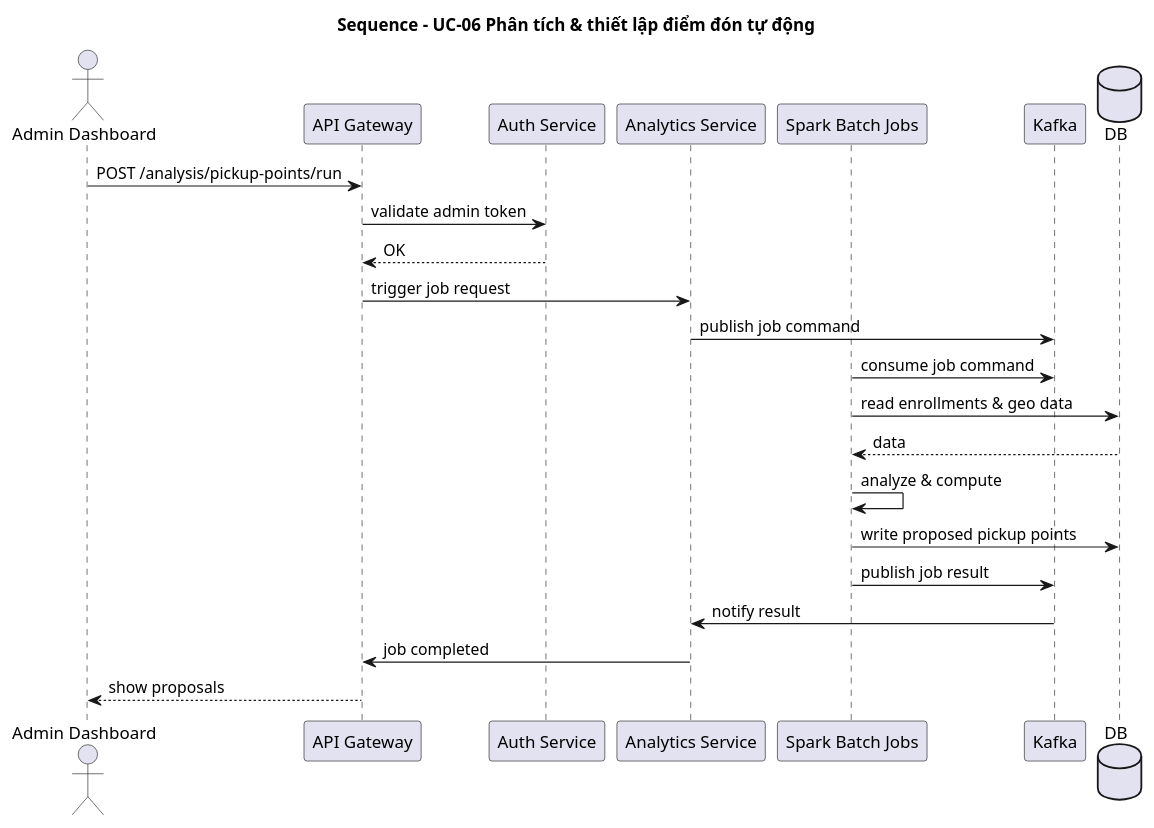
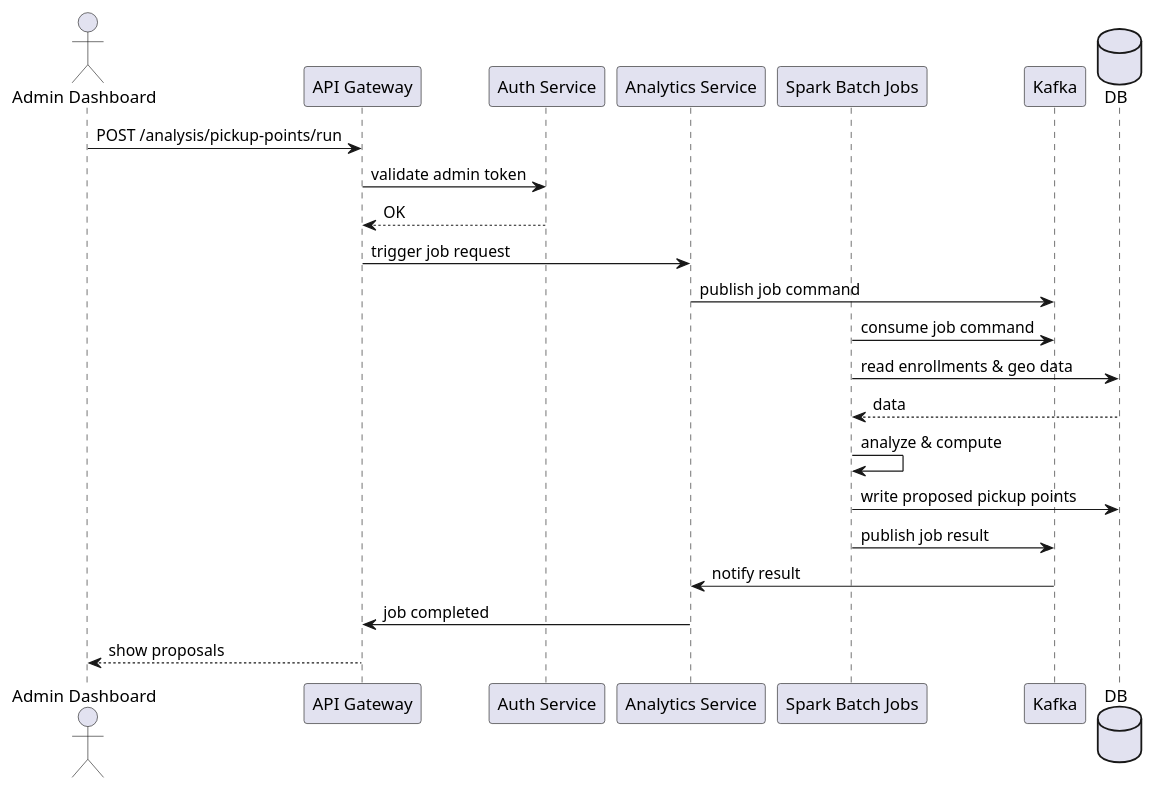
The diagram in docs/uml/sequence/sequence_uc06_pickup_points_analysis.puml (phuongbv00/hust-bus-stop), drawn with PlantUML before and after one commit. The commit also changed 25 other files, not shown here.

Commit message:
docs: update diagrams

```diff
--- a/docs/uml/sequence/sequence_uc06_pickup_points_analysis.puml
+++ b/docs/uml/sequence/sequence_uc06_pickup_points_analysis.puml
@@ -1,27 +1,26 @@
 @startuml
-title Sequence - UC-06 Phân tích & thiết lập điểm đón tự động
 actor "Admin Dashboard" as AdminUI
 participant "API Gateway" as API
 participant "Auth Service" as Auth
 participant "Analytics Service" as Analytics
 participant "Spark Batch Jobs" as Spark
 participant "Kafka" as Kafka
 database "DB" as DB
 
 AdminUI -> API : POST /analysis/pickup-points/run
 API -> Auth : validate admin token
 Auth --> API : OK
 API -> Analytics : trigger job request
 Analytics -> Kafka : publish job command
 
 Spark -> Kafka : consume job command
 Spark -> DB : read enrollments & geo data
 DB --> Spark : data
 Spark -> Spark : analyze & compute
 Spark -> DB : write proposed pickup points
 Spark -> Kafka : publish job result
 
 Kafka -> Analytics : notify result
 Analytics -> API : job completed
 API --> AdminUI : show proposals
 @enduml
```
